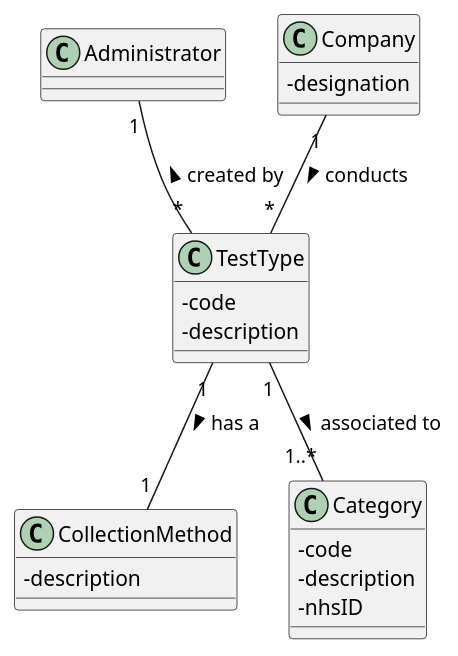
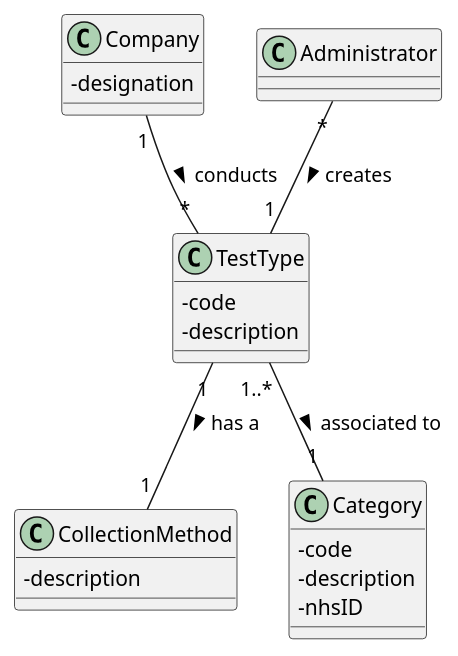
Before and after one commit to MadDinosaur/ISEP-LAPR2: the diagram in docs/SprintC/US9/US9_DM.puml, drawn with PlantUML. The commit also changed 3 other files, not shown here.

```diff
--- a/docs/SprintC/US9/US9_DM.puml
+++ b/docs/SprintC/US9/US9_DM.puml
@@ -1,29 +1,29 @@
 @startuml
 skinparam classAttributeIconSize 0
 
 class Company {
 -designation
 }
 
 class Administrator
 
 class CollectionMethod {
 -description
 }
 
 class TestType {
 -code
 -description
 }
 
 class Category {
 -code
 -description
 -nhsID
 }
 
-TestType "*"-up-"1" Administrator : created by >
-Category "1..*"-up-"1" TestType  : associated to <
+Administrator "*"-down-"1" TestType : creates >
+TestType "1..*"-down-"1" Category : associated to >
 TestType "1"--"1" CollectionMethod : has a  >
 Company "1"-down-"*" TestType : conducts >
 @enduml
```
